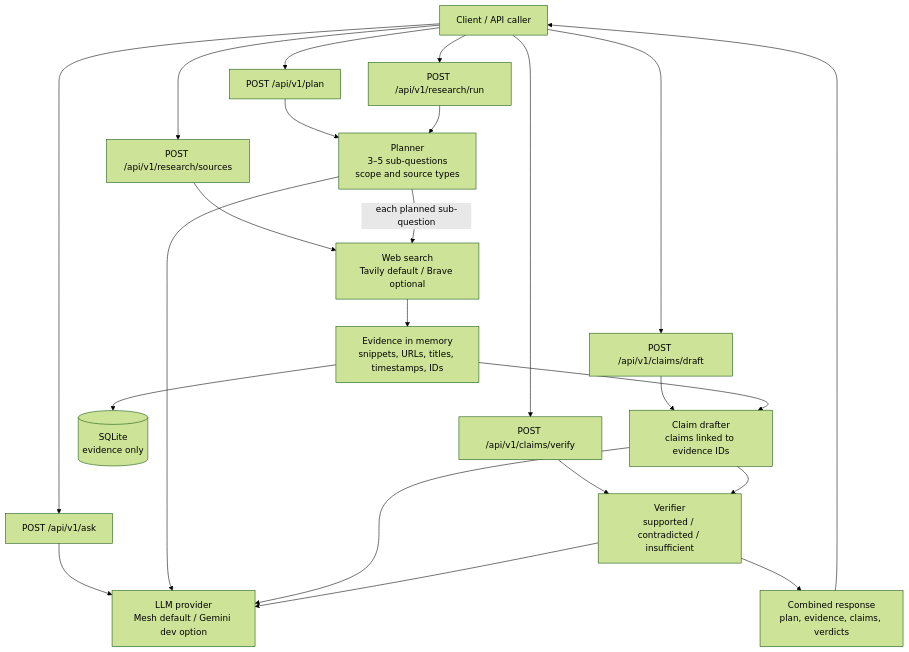
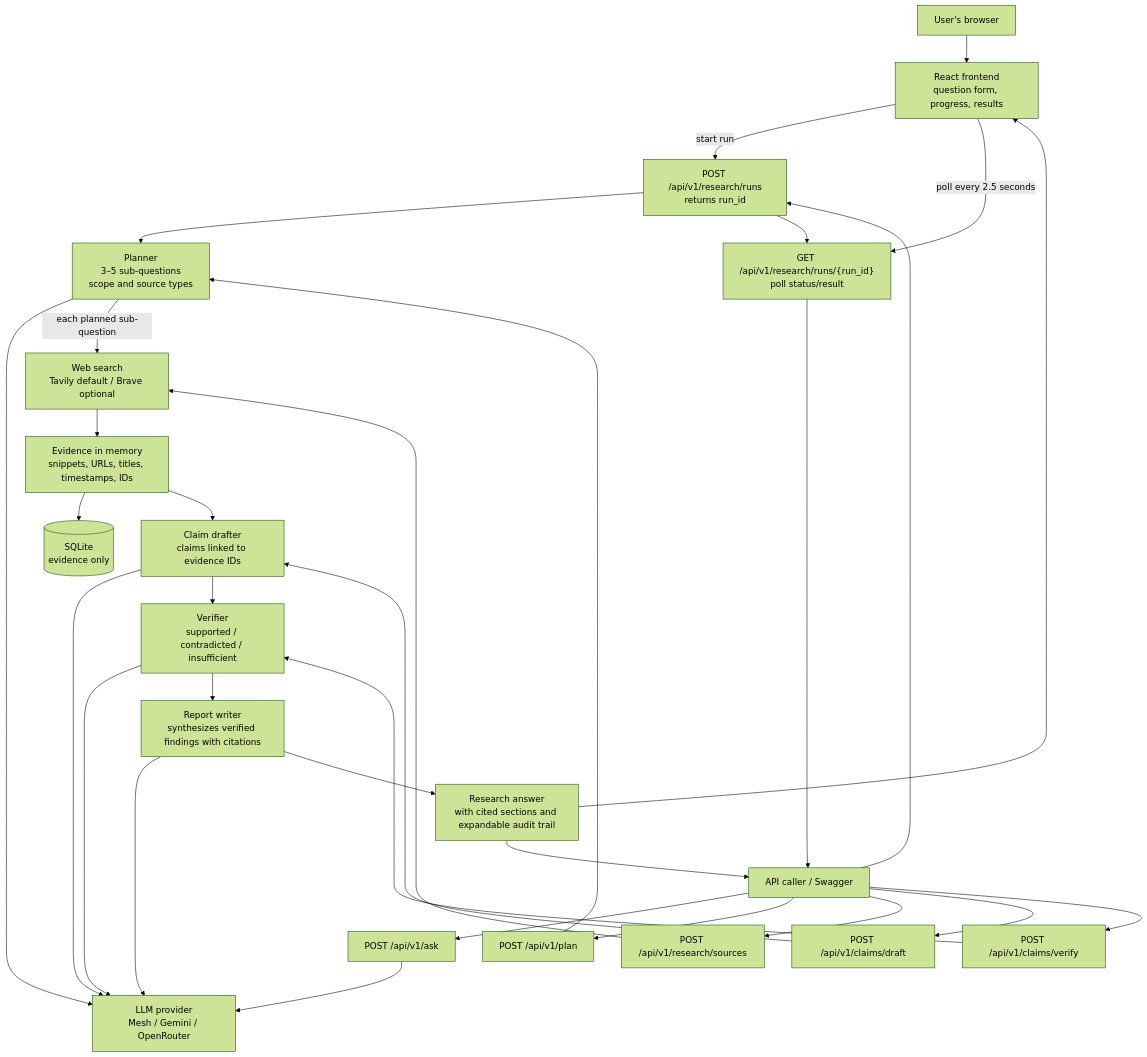
One commit to Omkar-R-Mundhe/DeepDive changed the diagram in README.md. Above: the diagram before and after it, drawn with Mermaid (forest theme). The commit also changed other lines of this file and 34 other files, not shown here.

````diff
--- a/README.md
+++ b/README.md
@@ -16,43 +19,55 @@
 ```mermaid
 flowchart TD
-    Client["Client / API caller"]
+    Browser["User's browser"]
+    Frontend["React frontend<br/>question form, progress, results"]
+    Client["API caller / Swagger"]
     Ask["POST /api/v1/ask"]
     PlanEndpoint["POST /api/v1/plan"]
     Sources["POST /api/v1/research/sources"]
     Draft["POST /api/v1/claims/draft"]
     Verify["POST /api/v1/claims/verify"]
-    Run["POST /api/v1/research/run"]
+    Run["POST /api/v1/research/runs<br/>returns run_id"]
+    Poll["GET /api/v1/research/runs/{run_id}<br/>poll status/result"]
 
     Plan["Planner<br/>3–5 sub-questions<br/>scope and source types"]
     Search["Web search<br/>Tavily default / Brave optional"]
     Evidence["Evidence in memory<br/>snippets, URLs, titles, timestamps, IDs"]
     Store[("SQLite<br/>evidence only")]
     Drafter["Claim drafter<br/>claims linked to evidence IDs"]
     Verifier["Verifier<br/>supported / contradicted / insufficient"]
-    Result["Combined response<br/>plan, evidence, claims, verdicts"]
-    LLM["LLM provider<br/>Mesh default / Gemini dev option"]
+    Writer["Report writer<br/>synthesizes verified findings with citations"]
+    Result["Research answer<br/>with cited sections and expandable audit trail"]
+    LLM["LLM provider<br/>Mesh / Gemini / OpenRouter"]
 
+    Browser --> Frontend
+    Frontend -->|start run| Run
+    Frontend -->|poll every 2.5 seconds| Poll
+    Result --> Frontend
     Client --> Ask
     Ask --> LLM
     Client --> PlanEndpoint
     PlanEndpoint --> Plan
     Plan --> LLM
     Client --> Sources
     Sources --> Search
     Search --> Evidence
     Evidence --> Store
     Client --> Draft
     Draft --> Drafter
     Drafter --> LLM
     Client --> Verify
     Verify --> Verifier
     Verifier --> LLM
 
     Client --> Run
     Run --> Plan
     Plan -->|each planned sub-question| Search
     Evidence --> Drafter
     Drafter --> Verifier
-    Verifier --> Result
+    Verifier --> Writer
+    Writer --> LLM
+    Writer --> Result
     Result --> Client
+    Run --> Poll
+    Poll --> Client
 ```
````
